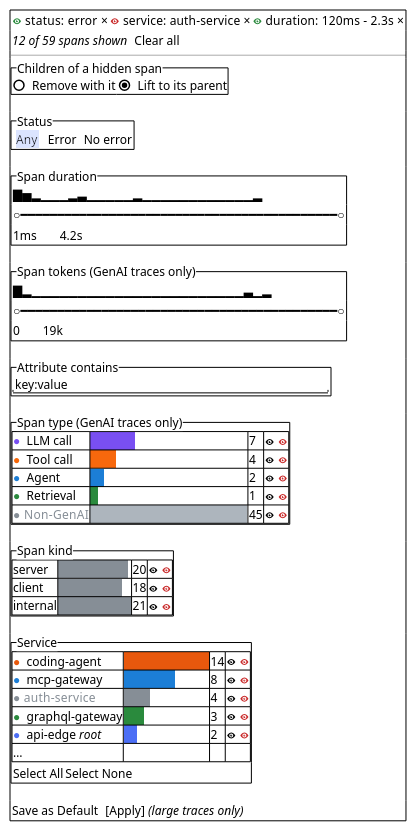
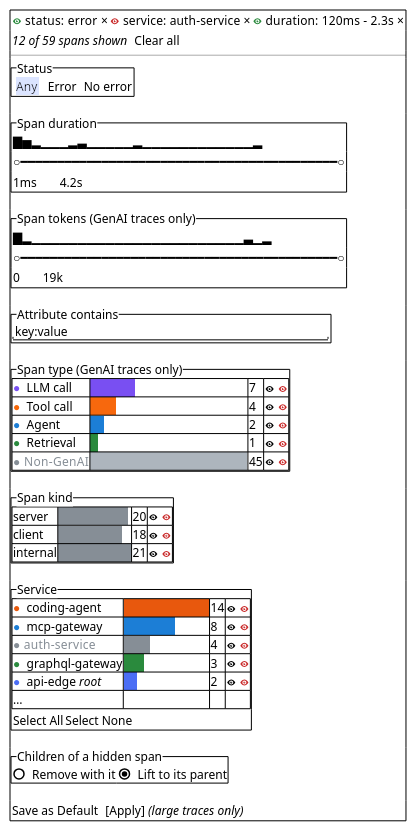
One commit to Prakhar1Ojha/jaeger-ui changed the diagram in docs/rfc/0009/popover.puml. Above: the diagram before and after it, drawn with PlantUML. The commit also changed other lines of this file and 28 other files, not shown here.

```diff
--- a/docs/rfc/0009/popover.puml
+++ b/docs/rfc/0009/popover.puml
@@ -5,54 +5,54 @@
 @startsalt
 {+
   { <color:#2b8a3e><&eye></color> status: error  × | <color:#c92a2a><&eye></color> service: auth-service  × | <color:#2b8a3e><&eye></color> duration: 120ms – 2.3s  × }
   { <i>12 of 59 spans shown</i> | . | Clear all }
   --
-  {^"Children of a hidden span"
-    ( ) Remove with it | (X) Lift to its parent
-  }
   {^"Status"
     { <back:#dbe4ff> Any </back> | . | Error | . | No error }
   }
   {^"Span duration"
     { ▇▅▂▁▁▁▂▃▁▁▁▁▁▂▁▁▁▁▁▁▁▁▁▁▁▁▂ }
     { ○━━━━━━━━━━━━━━━━━━━━━━━━━━━━━━━━━━━━━━━━━━━○ }
     { 1ms | . | . | . | . | 4.2s }
   }
   {^"Span tokens (GenAI traces only)"
     { ▇▂▁▁▁▁▁▁▁▁▁▁▁▁▁▁▁▁▁▁▁▁▁▁▁▃▁▂ }
     { ○━━━━━━━━━━━━━━━━━━━━━━━━━━━━━━━━━━━━━━━━━━━○ }
     { 0 | . | . | . | . | 19k }
   }
   {^"Attribute contains"
     "key:value                              "
   }
   {^"Span type (GenAI traces only)"
     {#
       <color:#7950f2>●</color> LLM call | <back:#7950f2>              </back> | 7 | <&eye> <color:#c92a2a><&eye></color>
       <color:#f76707>●</color> Tool call | <back:#f76707>        </back> | 4 | <&eye> <color:#c92a2a><&eye></color>
       <color:#1c7ed6>●</color> Agent | <back:#1c7ed6>    </back> | 2 | <&eye> <color:#c92a2a><&eye></color>
       <color:#2b8a3e>●</color> Retrieval | <back:#2b8a3e>  </back> | 1 | <&eye> <color:#c92a2a><&eye></color>
       <color:#868e96>● Non-GenAI</color> | <back:#adb5bd>                                                  </back> | 45 | <&eye> <color:#c92a2a><b><&eye></b></color>
     }
   }
   {^"Span kind"
     {#
       server | <back:#868e96>                      </back> | 20 | <&eye> <color:#c92a2a><&eye></color>
       client | <back:#868e96>                    </back> | 18 | <&eye> <color:#c92a2a><&eye></color>
       internal | <back:#868e96>                       </back> | 21 | <&eye> <color:#c92a2a><&eye></color>
     }
   }
   {^"Service"
     {#
       <color:#e8590c>●</color> coding-agent     | <back:#e8590c>                           </back> | 14 | <&eye> <color:#c92a2a><&eye></color>
       <color:#1c7ed6>●</color> mcp-gateway      | <back:#1c7ed6>                </back> | 8 | <&eye> <color:#c92a2a><&eye></color>
       <color:#868e96>● auth-service     </color>| <back:#868e96>        </back> | 4 | <&eye> <color:#c92a2a><b><&eye></b></color>
       <color:#2b8a3e>●</color> graphql-gateway  | <back:#2b8a3e>      </back> | 3 | <&eye> <color:#c92a2a><&eye></color>
       <color:#4c6ef5>●</color> api-edge <i>root</i>   | <back:#4c6ef5>    </back> | 2 | <&eye> <color:#c92a2a><&eye></color>
       … | . | . | .
     }
     { Select All | Select None }
   }
+  {^"Children of a hidden span"
+    ( ) Remove with it | (X) Lift to its parent
+  }
   { Save as Default | . | [Apply] <i>(large traces only)</i> }
 }
 @endsalt
```
